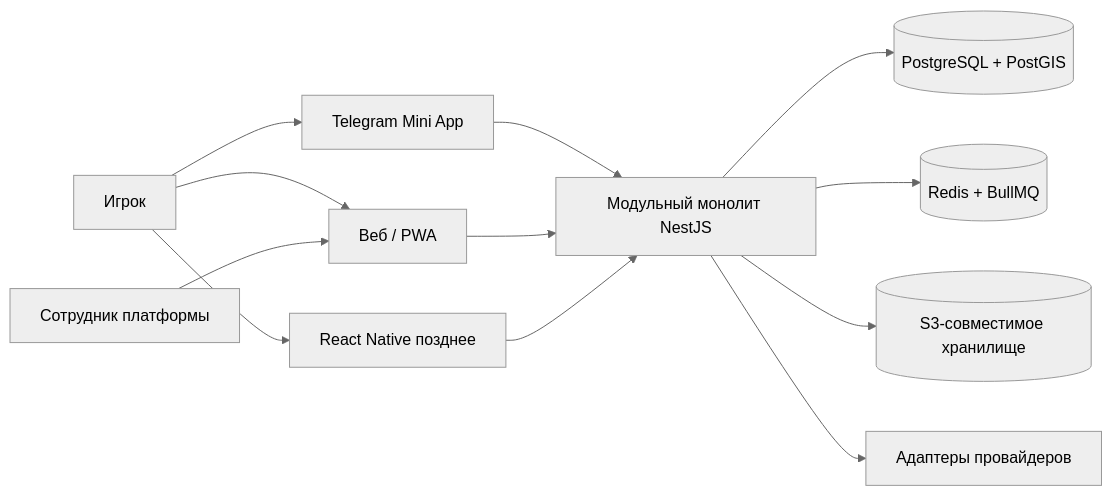
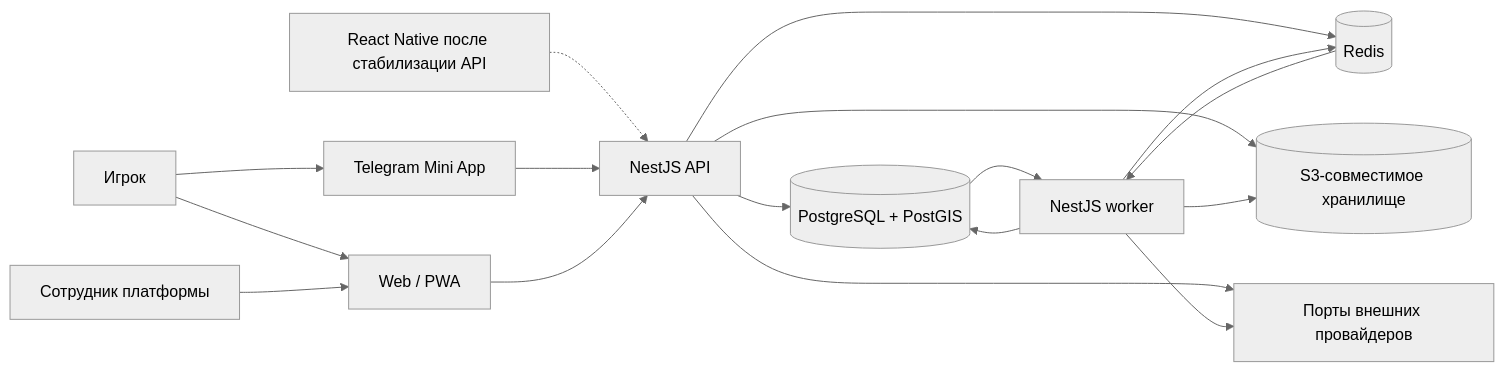
The first of 2 diagrams in llm/_docs/architecture.md (nullorone/picklehub), drawn with Mermaid (neutral theme) before and after one commit. The commit also changed other lines of this file and 4 other files, not shown here.

````diff
--- a/llm/_docs/architecture.md
+++ b/llm/_docs/architecture.md
@@ -5,14 +21,19 @@
 ```mermaid
 flowchart LR
-    U[Игрок] --> TG[Telegram Mini App]
-    U --> WEB[Веб / PWA]
-    U --> MOB[React Native позднее]
-    A[Сотрудник платформы] --> WEB
-    TG --> API[Модульный монолит NestJS]
+    PLAYER[Игрок] --> TG[Telegram Mini App]
+    PLAYER --> WEB[Web / PWA]
+    STAFF[Сотрудник платформы] --> WEB
+    MOBILE[React Native после стабилизации API] -.-> API
+    TG --> API[NestJS API]
     WEB --> API
-    MOB --> API
     API --> PG[(PostgreSQL + PostGIS)]
-    API --> REDIS[(Redis + BullMQ)]
-    API --> S3[(S3-совместимое хранилище)]
-    API --> EXT[Адаптеры провайдеров]
+    API --> REDIS[(Redis)]
+    API --> OBJECT[(S3-совместимое хранилище)]
+    API --> PROVIDERS[Порты внешних провайдеров]
+    PG --> WORKER[NestJS worker]
+    WORKER --> REDIS
+    REDIS --> WORKER
+    WORKER --> PG
+    WORKER --> OBJECT
+    WORKER --> PROVIDERS
 ```
````
